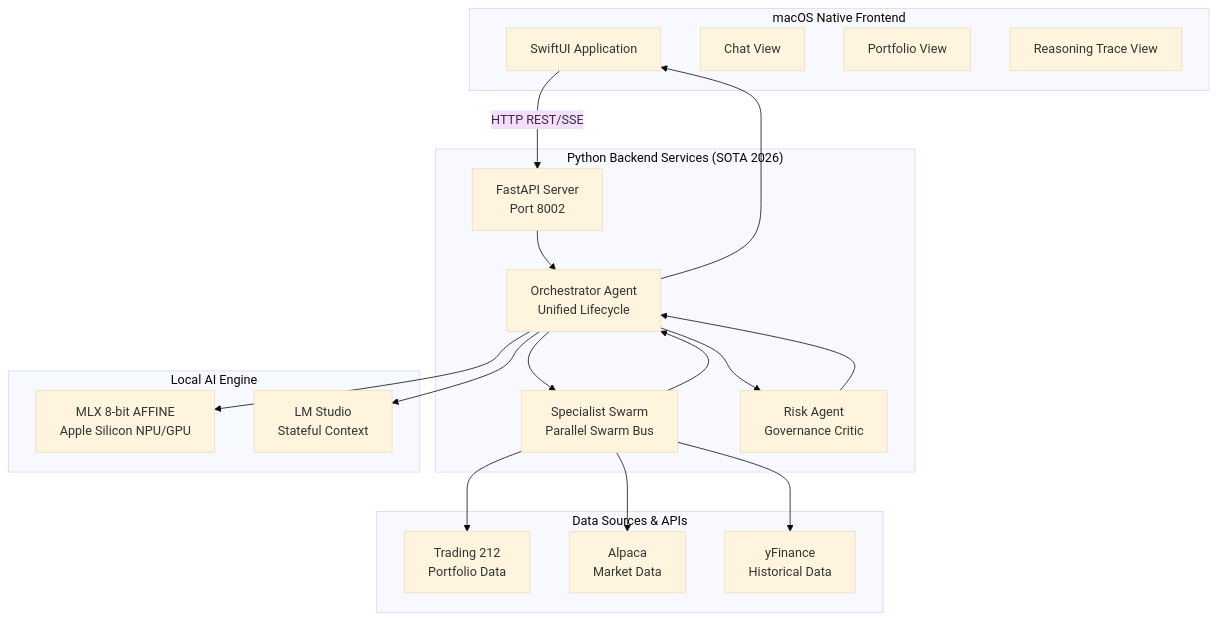
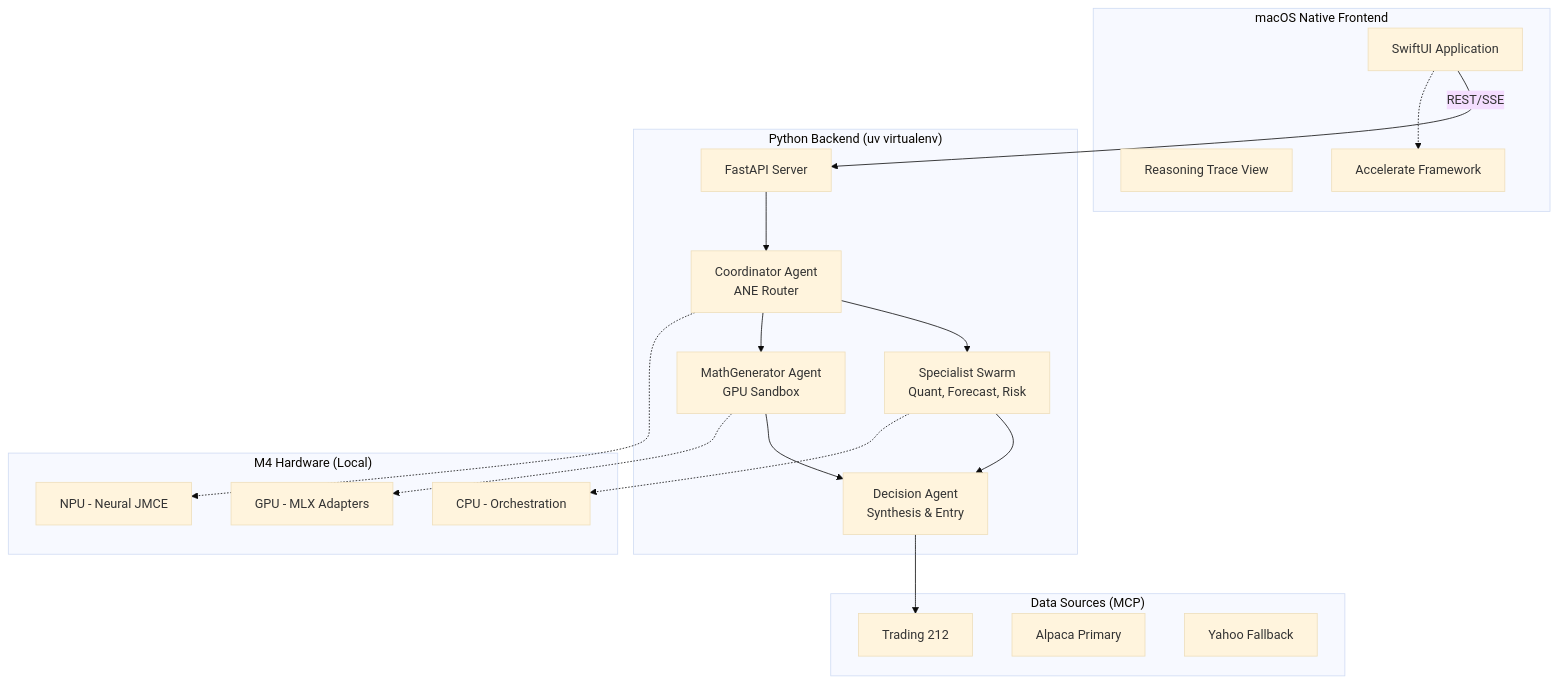
Before and after one commit to sank29mane/growin-app: the diagram in README.md, drawn with Mermaid (base theme). The commit also changed other lines of this file and 68 other files, not shown here.

Commit message:
feat(phase-31/33): comprehensive architectural sync, ticker normalization, and high-fidelity plan

````diff
--- a/README.md
+++ b/README.md
@@ -26,42 +23,41 @@
 ```mermaid
 graph TB
     subgraph "macOS Native Frontend"
         UI[SwiftUI Application]
-        CV[Chat View]
-        PV[Portfolio View]
         RV[Reasoning Trace View]
+        ACC[Accelerate Framework]
     end
 
-    subgraph "Python Backend Services (SOTA 2026)"
-        API[FastAPI Server<br/>Port 8002]
-        ORCH[Orchestrator Agent<br/>Unified Lifecycle]
-        SWARM[Specialist Swarm<br/>Parallel Swarm Bus]
-        RISK[Risk Agent<br/>Governance Critic]
+    subgraph "Python Backend (uv virtualenv)"
+        API[FastAPI Server]
+        COORD[Coordinator Agent<br/>ANE Router]
+        SWARM[Specialist Swarm<br/>Quant, Forecast, Risk]
+        MATH[MathGenerator Agent<br/>GPU Sandbox]
+        DECISION[Decision Agent<br/>Synthesis & Entry]
     end
 
-    subgraph "Data Sources & APIs"
-        T212[Trading 212<br/>Portfolio Data]
-        ALP[Alpaca<br/>Market Data]
-        YF[yFinance<br/>Historical Data]
+    subgraph "Data Sources (MCP)"
+        T212[Trading 212]
+        ALP[Alpaca Primary]
+        YF[Yahoo Fallback]
     end
 
-    subgraph "Local AI Engine"
-        MLX[MLX 8-bit AFFINE<br/>Apple Silicon NPU/GPU]
-        LMS[LM Studio<br/>Stateful Context]
+    subgraph "M4 Hardware (Local)"
+        AMX[CPU - Orchestration]
+        METAL[GPU - MLX Adapters]
+        ANE[NPU - Neural JMCE]
     end
 
-    UI -->|HTTP REST/SSE| API
-    API --> ORCH
-    ORCH --> SWARM
-    SWARM --> ORCH
-    ORCH --> RISK
-    RISK --> ORCH
-    ORCH --> UI
+    UI -->|REST/SSE| API
+    API --> COORD
+    COORD --> SWARM
+    COORD --> MATH
+    SWARM --> DECISION
+    MATH --> DECISION
+    DECISION --> T212
 
-    SWARM --> T212
-    SWARM --> ALP
-    SWARM --> YF
-
-    ORCH --> MLX
-    ORCH --> LMS
+    COORD -.-> ANE
+    MATH -.-> METAL
+    SWARM -.-> AMX
+    UI -.-> ACC
 ```
````
